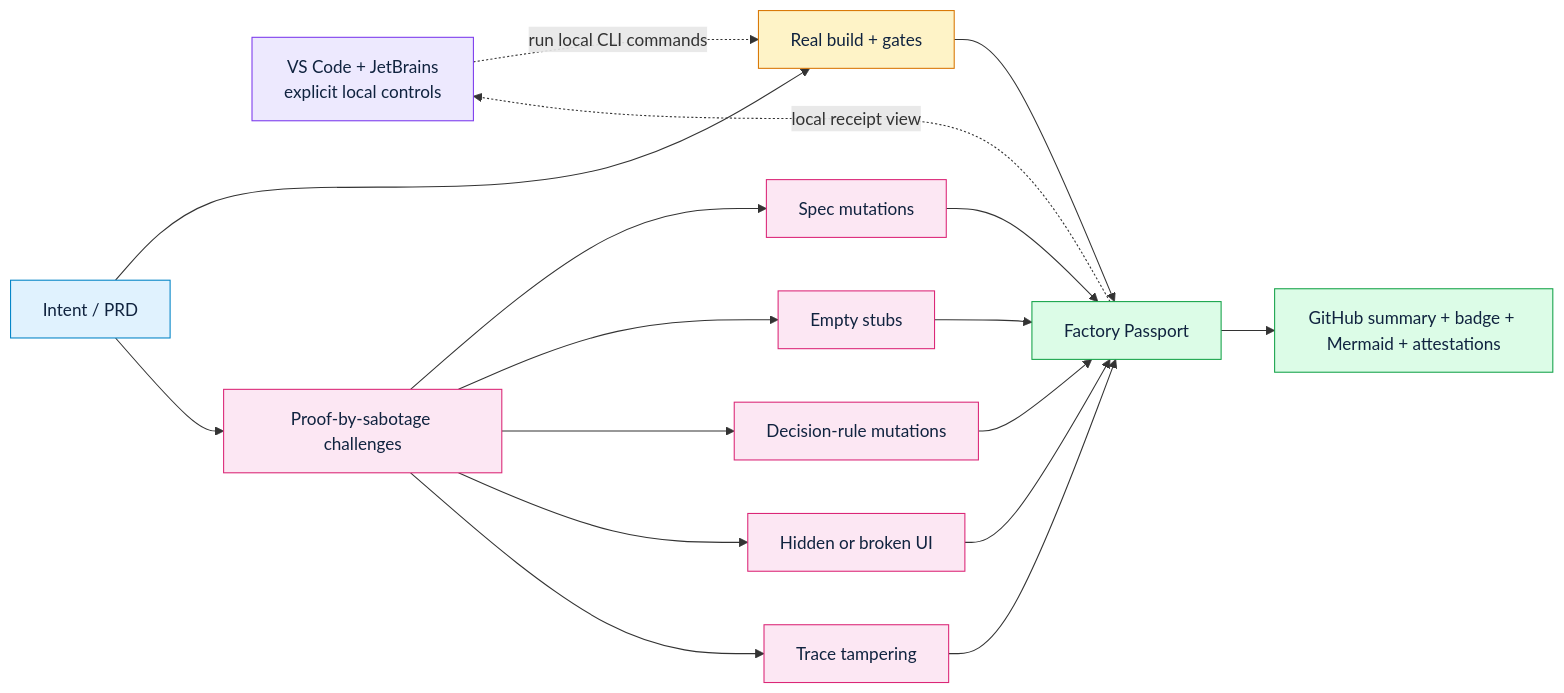
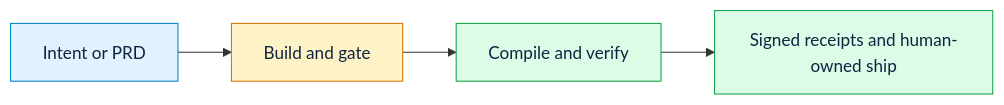
One commit to zrk222/code-factory changed the first of 2 diagrams in README.md. Above: the diagram before and after it, drawn with Mermaid. The commit also changed other lines of this file and 43 other files, not shown here.

````diff
--- a/README.md
+++ b/README.md
@@ -54,29 +60,12 @@
 ```mermaid
 flowchart LR
-    E["VS Code + JetBrains\nexplicit local controls"] -. "run local CLI commands" .-> B
-    A["Intent / PRD"] --> B["Real build + gates"]
-    A --> C["Proof-by-sabotage challenges"]
-    C --> S["Spec mutations"]
-    C --> F["Empty stubs"]
-    C --> H["Decision-rule mutations"]
-    C --> D["Hidden or broken UI"]
-    C --> I["Trace tampering"]
-    B --> P["Factory Passport"]
-    S --> P
-    F --> P
-    H --> P
-    D --> P
-    I --> P
-    P --> G["GitHub summary + badge + Mermaid + attestations"]
-    P -. "local receipt view" .-> E
+    A["Intent or PRD"] --> B["Build and gate"]
+    B --> C["Compile and verify"]
+    C --> D["Signed receipts and human-owned ship"]
     classDef input fill:#e0f2fe,stroke:#0284c7,color:#10233f
     classDef build fill:#fef3c7,stroke:#d97706,color:#10233f
-    classDef challenge fill:#fce7f3,stroke:#db2777,color:#10233f
     classDef proof fill:#dcfce7,stroke:#16a34a,color:#10233f
-    classDef editor fill:#ede9fe,stroke:#7c3aed,color:#10233f
     class A input
     class B build
-    class C,S,F,H,D,I challenge
-    class P,G proof
-    class E editor
+    class C,D proof
 ```
````
